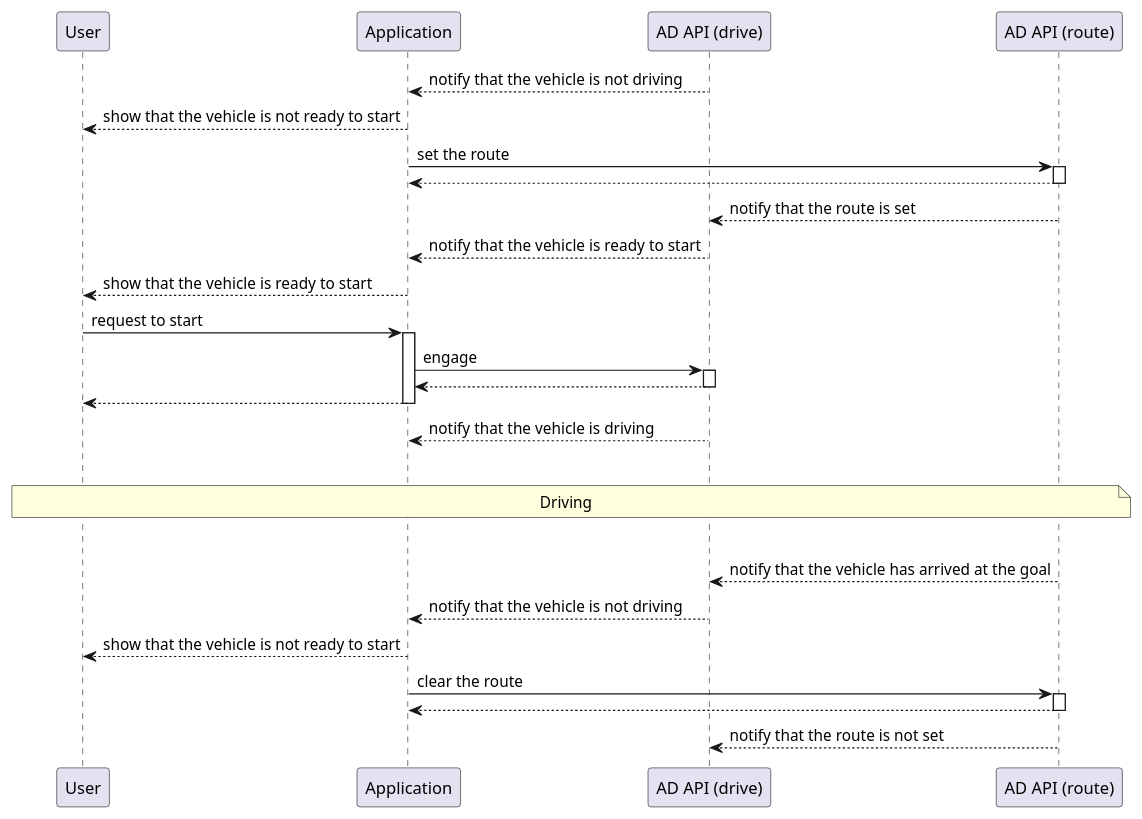
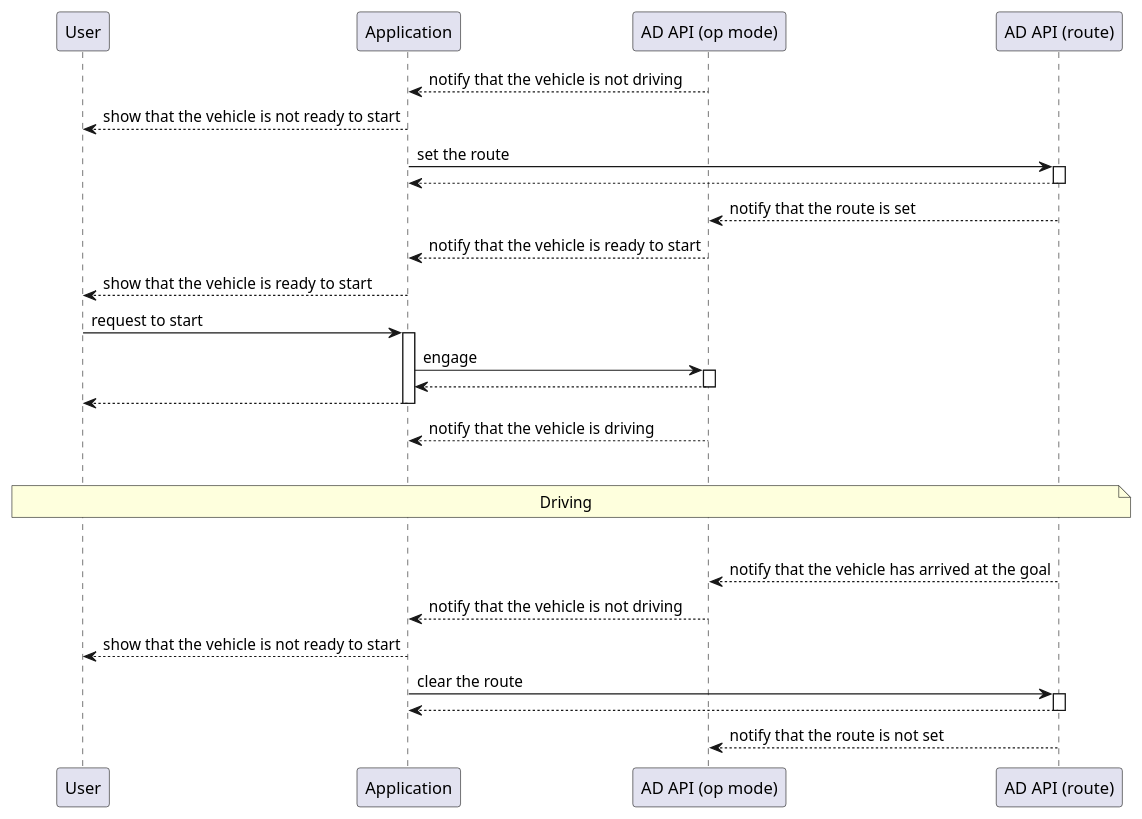
The diagram in docs/design/autoware-interfaces/ad-api/use-cases/sequence/drive-designated-position.plantuml (autowarefoundation/autoware-documentation), drawn with PlantUML before and after one commit. The commit also changed 5 other files, not shown here.

```diff
--- a/docs/design/autoware-interfaces/ad-api/use-cases/sequence/drive-designated-position.plantuml
+++ b/docs/design/autoware-interfaces/ad-api/use-cases/sequence/drive-designated-position.plantuml
@@ -1,36 +1,36 @@
 @startuml
 
 skinparam ParticipantPadding 25
 participant "User" as user
 participant "Application" as system
-participant "AD API (drive)" as api_drive
+participant "AD API (op mode)" as api_drive
 participant "AD API (route)" as api_route
 
 api_drive --> system: notify that the vehicle is not driving
 system --> user --: show that the vehicle is not ready to start
 
 system -> api_route ++: set the route
 return
 api_route --> api_drive: notify that the route is set
 api_drive --> system: notify that the vehicle is ready to start
 system --> user: show that the vehicle is ready to start
 
 user -> system ++: request to start
 system -> api_drive ++: engage
 return
 return
 api_drive --> system: notify that the vehicle is driving
 
 |||
 note over user, api_route: Driving
 |||
 
 api_route --> api_drive: notify that the vehicle has arrived at the goal
 api_drive --> system: notify that the vehicle is not driving
 system --> user --: show that the vehicle is not ready to start
 
 system -> api_route ++: clear the route
 return
 api_route --> api_drive: notify that the route is not set
 
 @enduml
```
